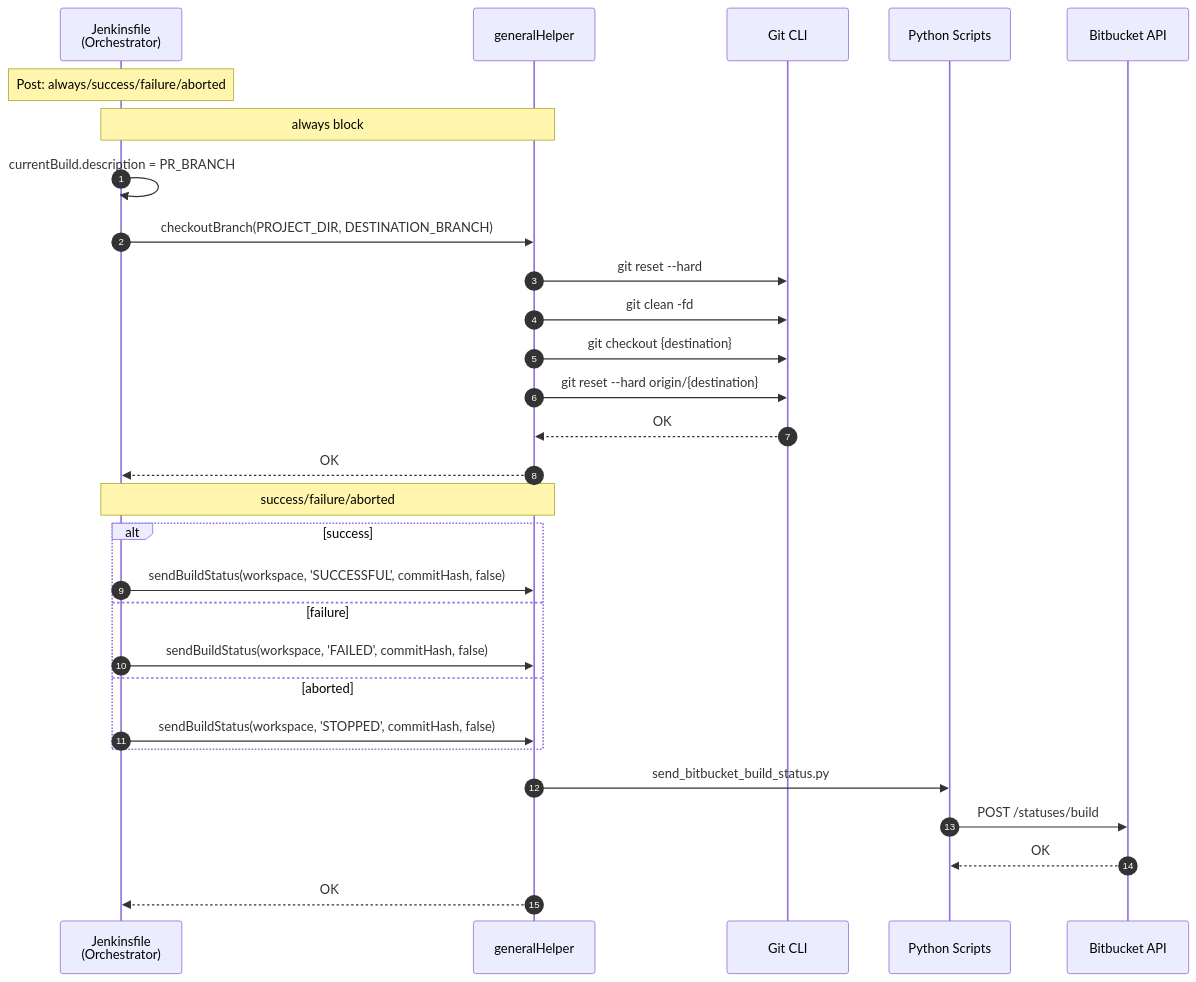
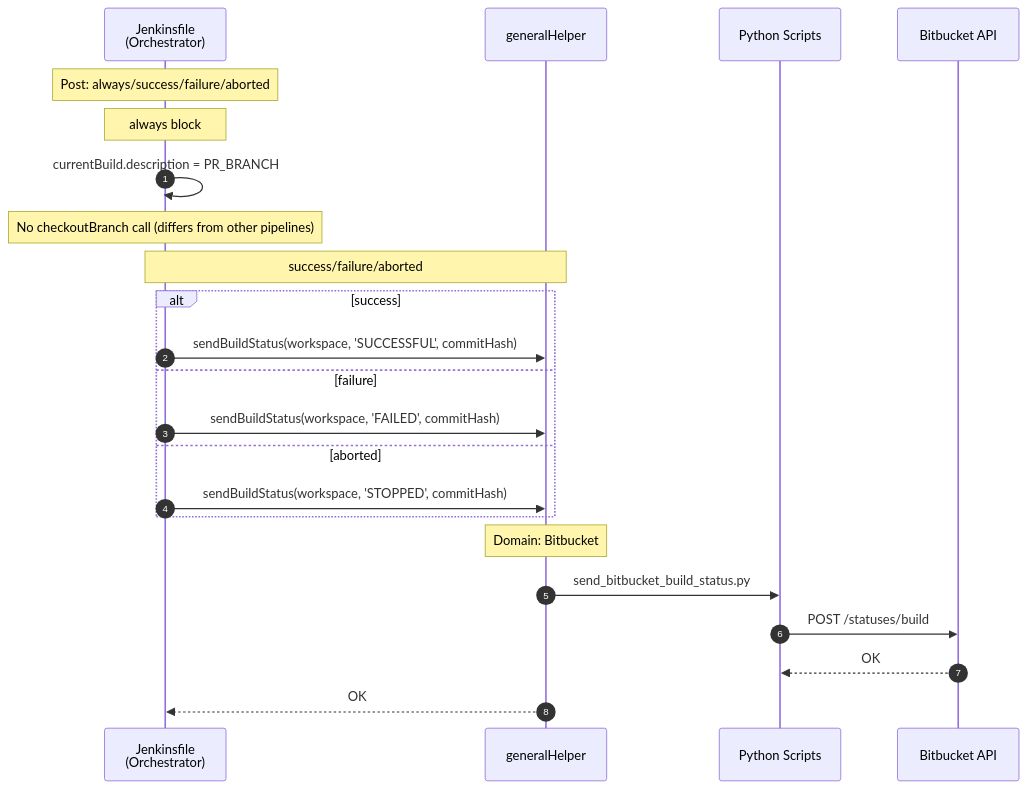
The eighth of 8 diagrams in Voyages/Projects/VARLab-work-transfer/portfolios/devops-jenkins-linux/4-layer-architecture-and-logger-system-integration/problem-analysis/pipeline-sequence-diagrams/jenkins-ci.md (JindoKimKor/Self-Binnacle), drawn with Mermaid before and after one commit. The commit also changed other lines of this file and 55 other files, not shown here.

First line of the commit message:
refactor(4-layer-architecture): Standardize analysis document naming and format

````diff
--- a/Voyages/Projects/VARLab-work-transfer/portfolios/devops-jenkins-linux/4-layer-architecture-and-logger-system-integration/problem-analysis/pipeline-sequence-diagrams/jenkins-ci.md
+++ b/Voyages/Projects/VARLab-work-transfer/portfolios/devops-jenkins-linux/4-layer-architecture-and-logger-system-integration/problem-analysis/pipeline-sequence-diagrams/jenkins-ci.md
@@ -279,35 +306,29 @@
 ```mermaid
 sequenceDiagram
     autonumber
 
     participant JF as Jenkinsfile<br/>(Orchestrator)
     participant GH as generalHelper
-    participant Git as Git CLI
     participant Python as Python Scripts
     participant BB as Bitbucket API
 
     Note over JF: Post: always/success/failure/aborted
 
-    Note over JF,GH: always block
+    Note over JF: always block
     JF->>JF: currentBuild.description = PR_BRANCH
-    JF->>GH: checkoutBranch(PROJECT_DIR, DESTINATION_BRANCH)
-    GH->>Git: git reset --hard
-    GH->>Git: git clean -fd
-    GH->>Git: git checkout {destination}
-    GH->>Git: git reset --hard origin/{destination}
-    Git-->>GH: OK
-    GH-->>JF: OK
+    Note over JF: No checkoutBranch call (differs from other pipelines)
 
     Note over JF,GH: success/failure/aborted
     alt success
-        JF->>GH: sendBuildStatus(workspace, 'SUCCESSFUL', commitHash, false)
+        JF->>GH: sendBuildStatus(workspace, 'SUCCESSFUL', commitHash)
     else failure
-        JF->>GH: sendBuildStatus(workspace, 'FAILED', commitHash, false)
+        JF->>GH: sendBuildStatus(workspace, 'FAILED', commitHash)
     else aborted
-        JF->>GH: sendBuildStatus(workspace, 'STOPPED', commitHash, false)
+        JF->>GH: sendBuildStatus(workspace, 'STOPPED', commitHash)
     end
+    Note over GH: Domain: Bitbucket
     GH->>Python: send_bitbucket_build_status.py
     Python->>BB: POST /statuses/build
     BB-->>Python: OK
     GH-->>JF: OK
 ```
````
